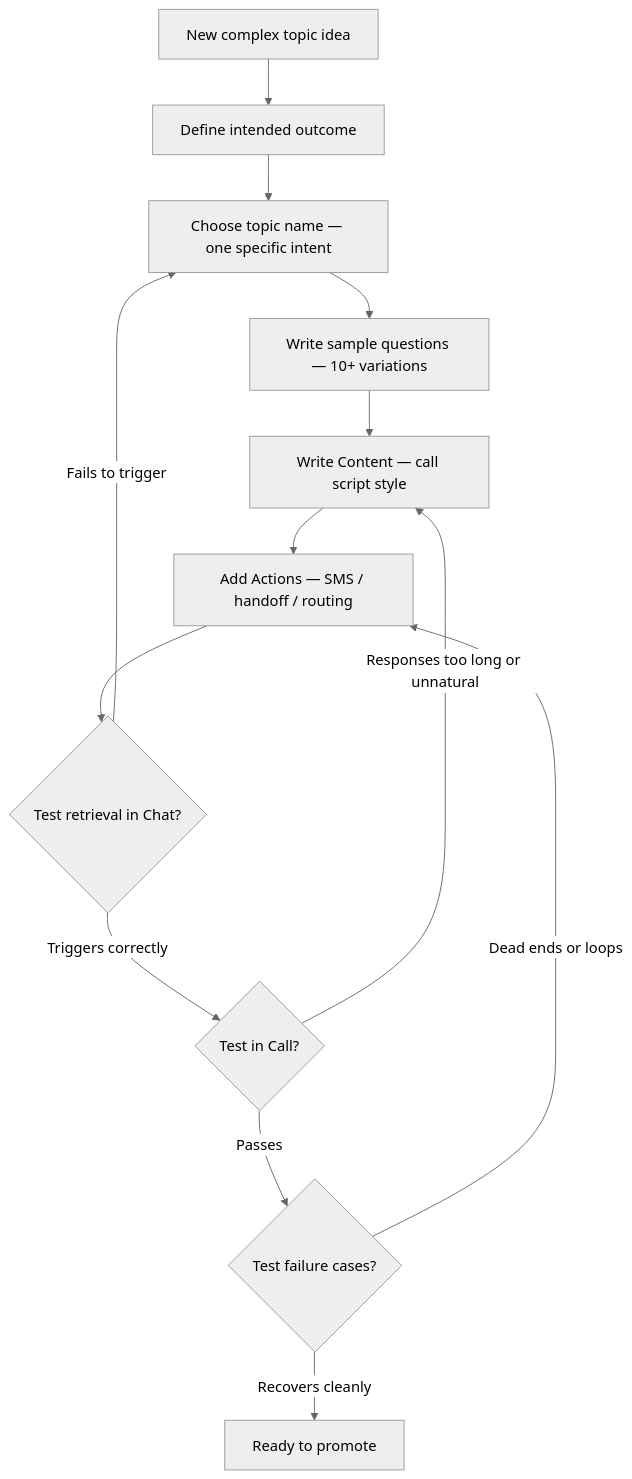
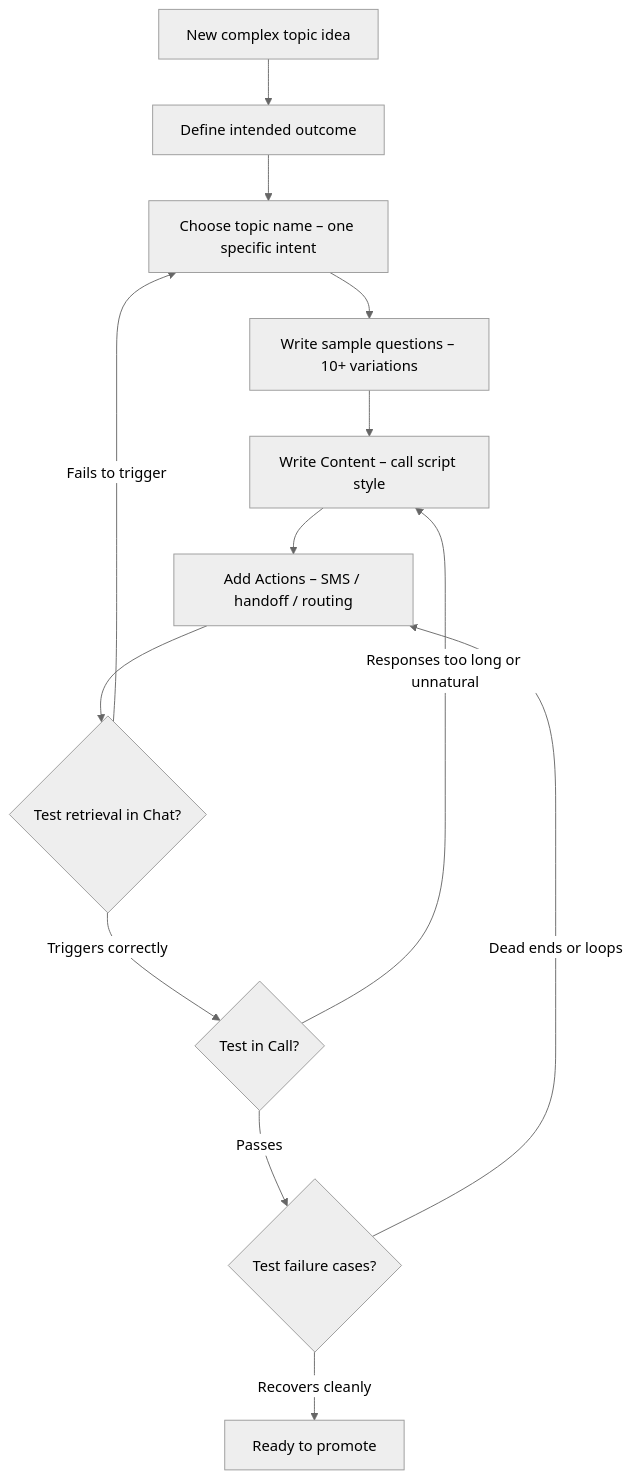
One commit to PolyAI-LDN/polyai-mintlify-doc changed the diagram in learn/guides/advanced/add-complex-kb-topic.mdx. Above: the diagram before and after it, drawn with Mermaid (neutral theme). The commit also changed other lines of this file and 175 other files, not shown here.

````diff
--- a/learn/guides/advanced/add-complex-kb-topic.mdx
+++ b/learn/guides/advanced/add-complex-kb-topic.mdx
@@ -51,15 +51,15 @@
 ```mermaid
 flowchart TD
     A[New complex topic idea] --> B[Define intended outcome]
-    B --> C[Choose topic name — one specific intent]
-    C --> D[Write sample questions — 10+ variations]
-    D --> E[Write Content — call script style]
-    E --> F[Add Actions — SMS / handoff / routing]
+    B --> C[Choose topic name – one specific intent]
+    C --> D[Write sample questions – 10+ variations]
+    D --> E[Write Content – call script style]
+    E --> F[Add Actions – SMS / handoff / routing]
     F --> G{Test retrieval in Chat?}
     G -->|Fails to trigger| C
     G -->|Triggers correctly| H{Test in Call?}
     H -->|Responses too long or unnatural| E
     H -->|Passes| I{Test failure cases?}
     I -->|Dead ends or loops| F
     I -->|Recovers cleanly| J[Ready to promote]
 ```
````
